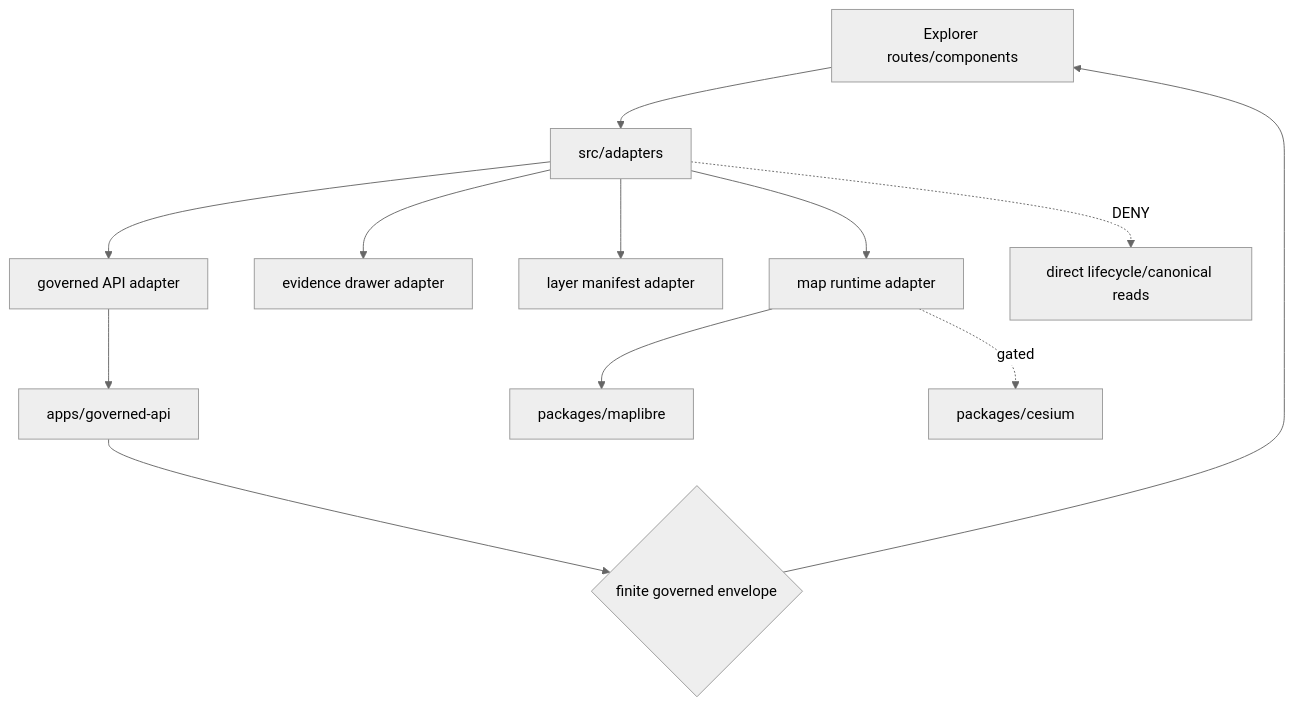
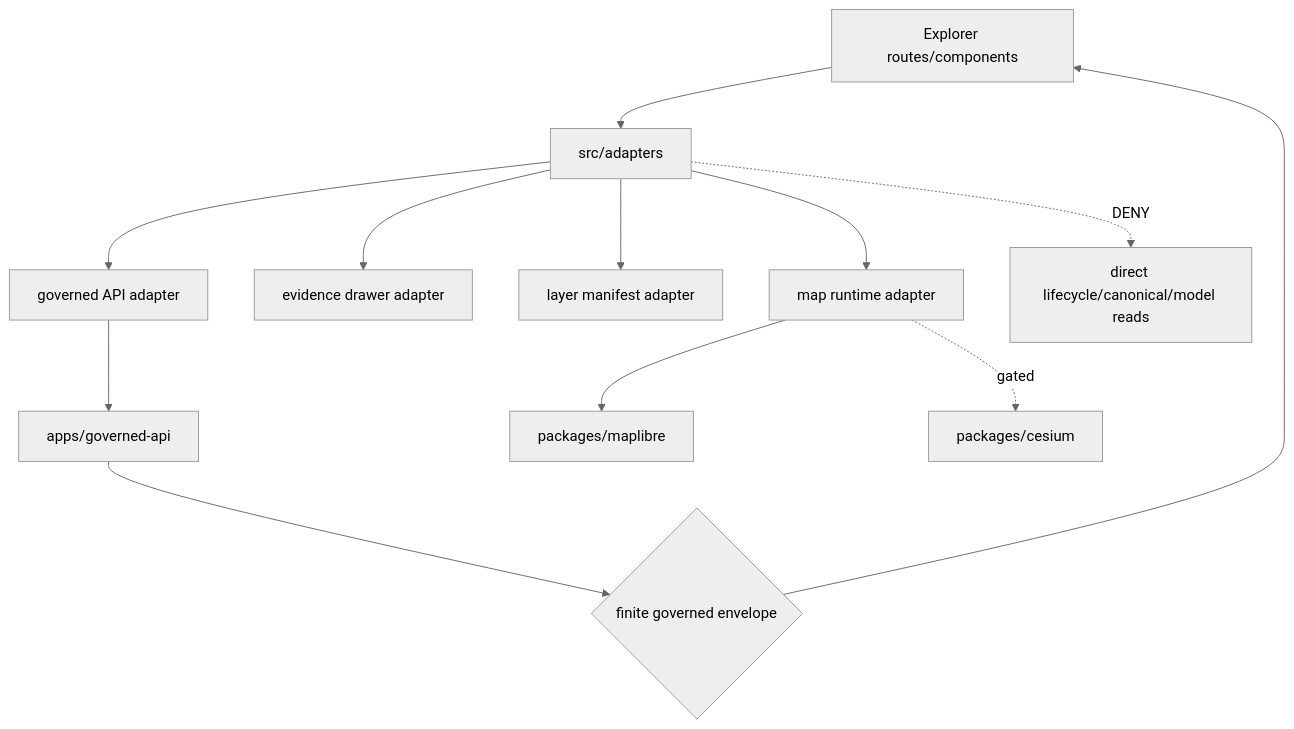
One commit to bartytime4life/Kansas-Frontier-Matrix changed the diagram in apps/explorer-web/src/adapters/README.md. Above: the diagram before and after it, drawn with Mermaid (neutral theme). The commit also changed other lines of this file, not shown here.

Commit message:
docs: update explorer web adapters README

````diff
--- a/apps/explorer-web/src/adapters/README.md
+++ b/apps/explorer-web/src/adapters/README.md
@@ -204,14 +262,14 @@
 ```mermaid
 flowchart TD
     routes["Explorer routes/components"] --> adapters["src/adapters"]
     adapters --> client["governed API adapter"]
     client --> api["apps/governed-api"]
     adapters --> evidence["evidence drawer adapter"]
     adapters --> layers["layer manifest adapter"]
     adapters --> map["map runtime adapter"]
     map --> ml["packages/maplibre"]
     map -. gated .-> cz["packages/cesium"]
     api --> envelope{"finite governed envelope"}
     envelope --> routes
-    adapters -. DENY .-> data["direct lifecycle/canonical reads"]
+    adapters -. DENY .-> data["direct lifecycle/canonical/model reads"]
 ```
````
